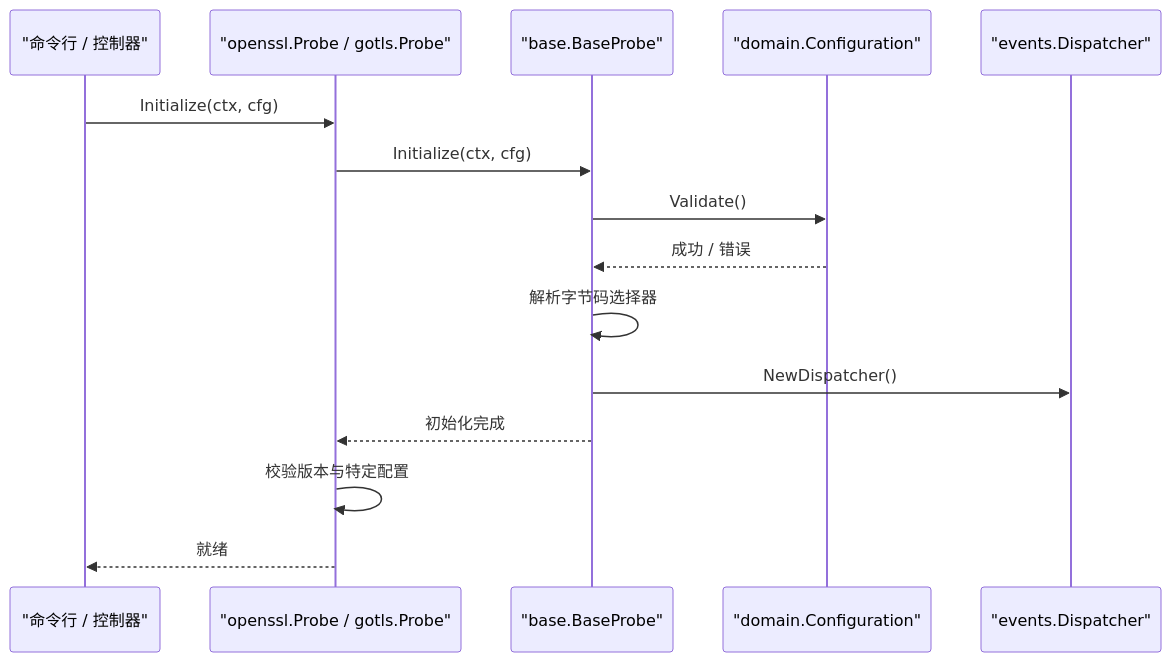
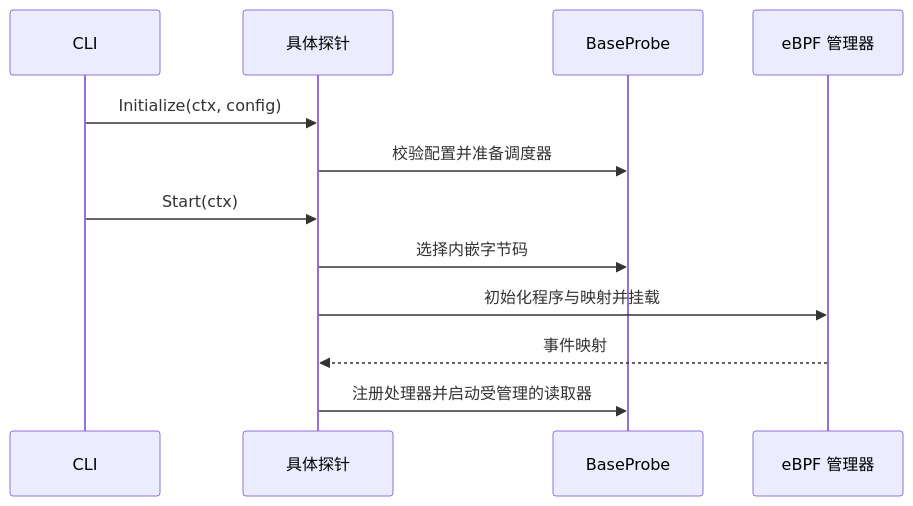
Before and after one commit to gojue/ecapture.cc: the diagram in src/zh/5-architecture-and-probe-development/5.2-probe-framework-and-lifecycle.md, drawn with Mermaid. The commit also changed other lines of this file and 94 other files, not shown here.

````diff
--- a/src/zh/5-architecture-and-probe-development/5.2-probe-framework-and-lifecycle.md
+++ b/src/zh/5-architecture-and-probe-development/5.2-probe-framework-and-lifecycle.md
@@ -61,18 +7,14 @@
 ```mermaid
 sequenceDiagram
-    participant User as "命令行 / 控制器"
-    participant Probe as "openssl.Probe / gotls.Probe"
-    participant Base as "base.BaseProbe"
-    participant Config as "domain.Configuration"
-    participant Dispatcher as "events.Dispatcher"
-
-    User->>Probe: Initialize(ctx, cfg)
-    Probe->>Base: Initialize(ctx, cfg)
-    Base->>Config: Validate()
-    Config-->>Base: 成功 / 错误
-    Base->>Base: 解析字节码选择器
-    Base->>Dispatcher: NewDispatcher()
-    Base-->>Probe: 初始化完成
-    Probe->>Probe: 校验版本与特定配置
-    Probe-->>User: 就绪
+    participant C as CLI
+    participant P as 具体探针
+    participant B as BaseProbe
+    participant M as eBPF 管理器
+    C->>P: Initialize(ctx, config)
+    P->>B: 校验配置并准备调度器
+    C->>P: Start(ctx)
+    P->>B: 选择内嵌字节码
+    P->>M: 初始化程序与映射并挂载
+    M-->>P: 事件映射
+    P->>B: 注册处理器并启动受管理的读取器
 ```
````
